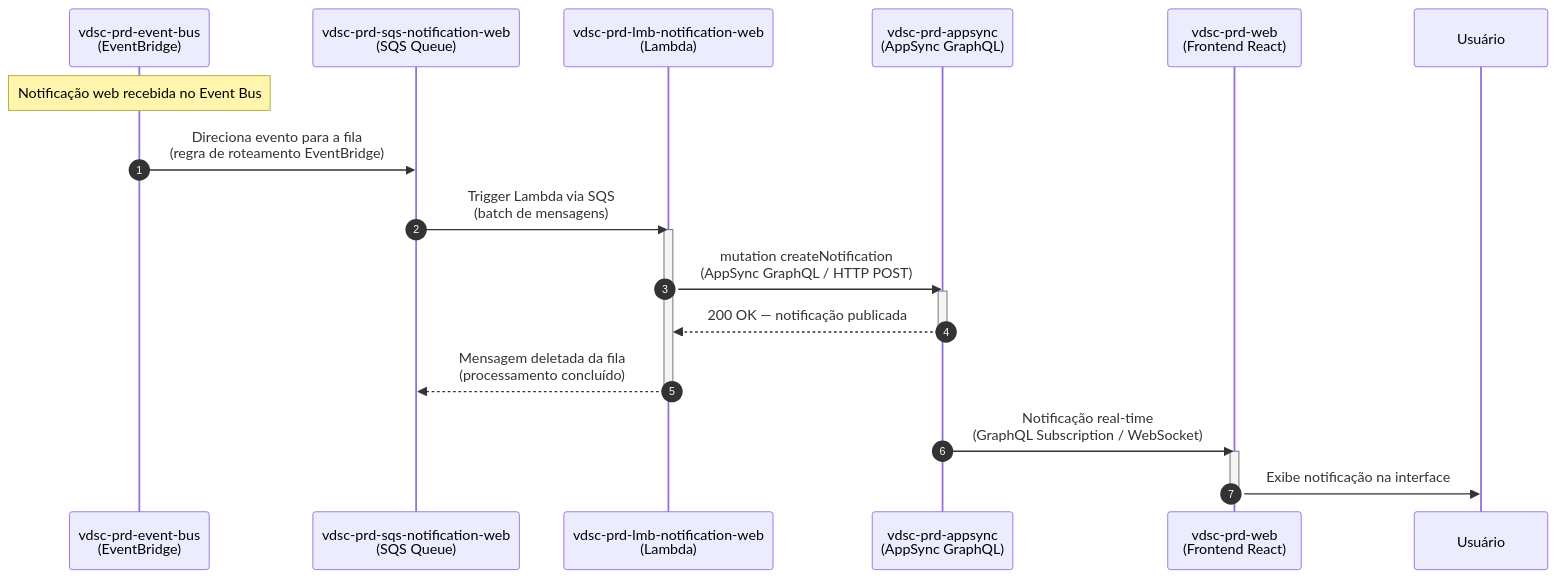
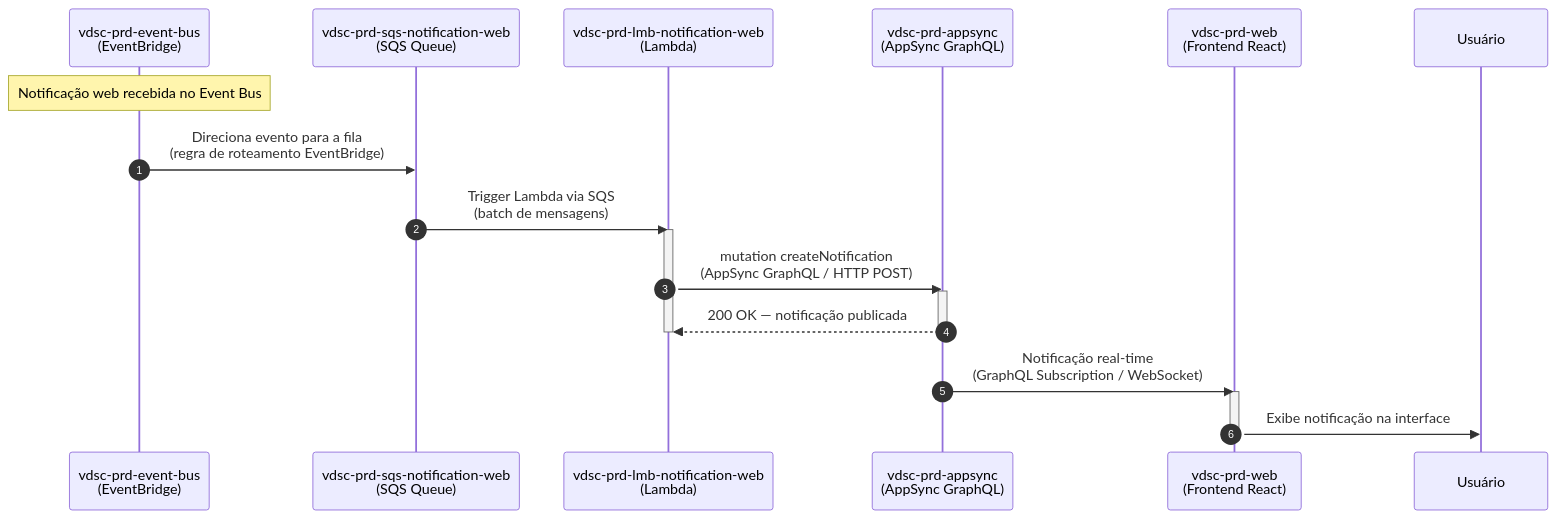
One commit to 11soat-hackathon-videoslice/ms-notification-web changed the diagram in README.md. Above: the diagram before and after it, drawn with Mermaid.

First paragraph of the commit message:
doc: diagrama de sequência e exemplo de notificações (#12)
* dev: implementada aplicação que faz registro de notificações via appsync graphql

````diff
--- a/README.md
+++ b/README.md
@@ -39,28 +39,27 @@
 ```mermaid
 sequenceDiagram
     autonumber
 
     participant EB  as vdsc-prd-event-bus<br/>(EventBridge)
     participant SQS as vdsc-prd-sqs-notification-web<br/>(SQS Queue)
     participant LMB as vdsc-prd-lmb-notification-web<br/>(Lambda)
     participant AS  as vdsc-prd-appsync<br/>(AppSync GraphQL)
     participant WEB as vdsc-prd-web<br/>(Frontend React)
     participant USR as Usuário
 
     Note over EB: Notificação web recebida no Event Bus
 
     EB  ->>  SQS : Direciona evento para a fila<br/>(regra de roteamento EventBridge)
     SQS ->>  LMB : Trigger Lambda via SQS<br/>(batch de mensagens)
     activate LMB
     LMB ->>  AS  : mutation createNotification<br/>(AppSync GraphQL / HTTP POST)
     activate AS
     AS  -->> LMB : 200 OK — notificação publicada
     deactivate AS
-    LMB -->> SQS : Mensagem deletada da fila<br/>(processamento concluído)
     deactivate LMB
 
     AS  ->>  WEB : Notificação real-time<br/>(GraphQL Subscription / WebSocket)
     activate WEB
     WEB ->>  USR : Exibe notificação na interface
     deactivate WEB
 ```
````
